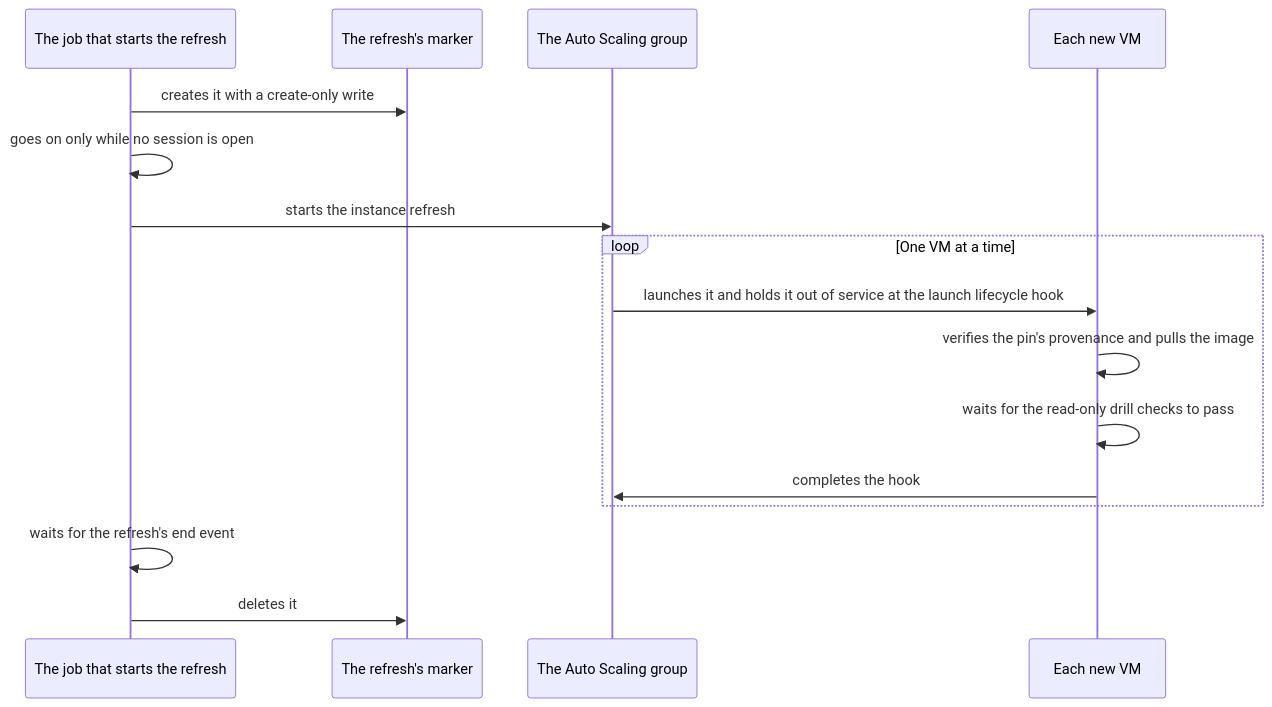
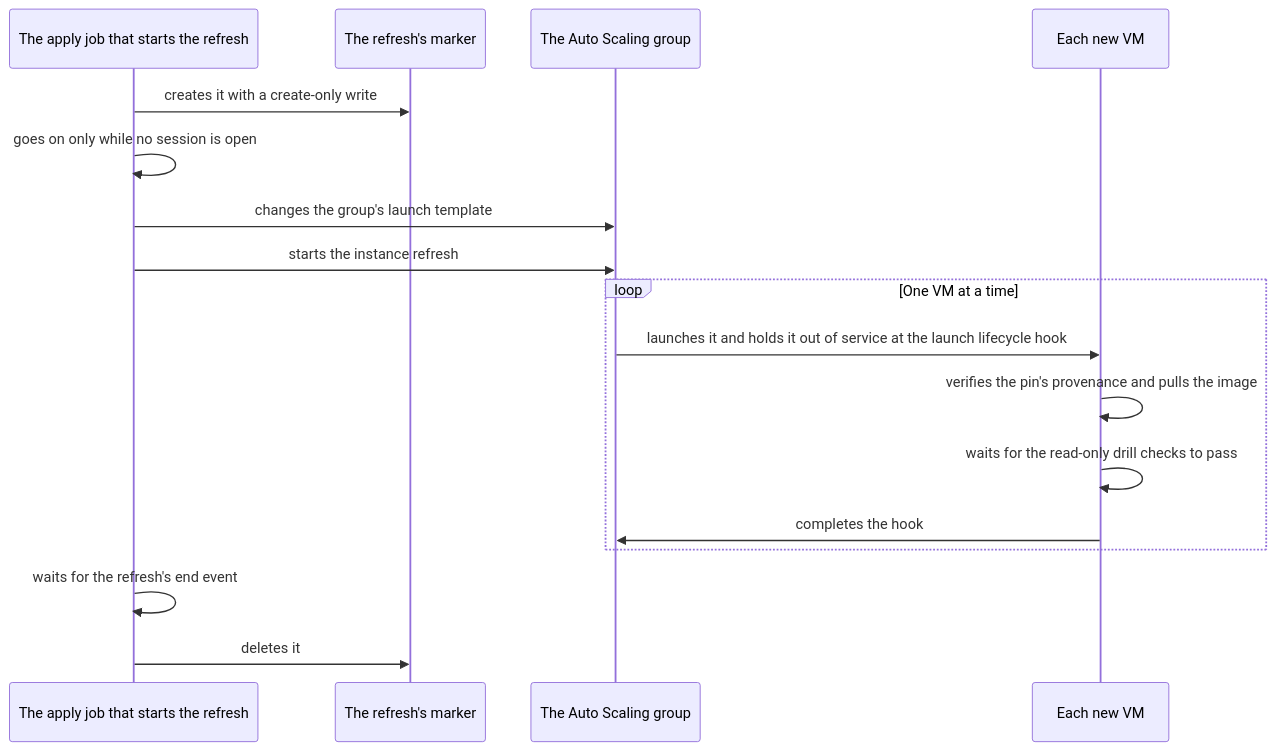
The third of 5 diagrams in docs/architecture/07-deployment.md (l3a0/ithildin-runtime), drawn with Mermaid before and after one commit. The commit also changed other lines of this file and 2 other files, not shown here.

First line of the commit message:
docs: check for a session before a VM image's apply changes the launch template, and delete a refused marker

````diff
--- a/docs/architecture/07-deployment.md
+++ b/docs/architecture/07-deployment.md
@@ -566,18 +566,19 @@
 ```mermaid
 sequenceDiagram
-    participant Job as The job that starts the refresh
+    participant Job as The apply job that starts the refresh
     participant Marker as The refresh's marker
     participant Group as The Auto Scaling group
     participant VM as Each new VM
     Job->>Marker: creates it with a create-only write
     Job->>Job: goes on only while no session is open
+    Job->>Group: changes the group's launch template
     Job->>Group: starts the instance refresh
     loop One VM at a time
         Group->>VM: launches it and holds it out of service at the launch lifecycle hook
         VM->>VM: verifies the pin's provenance and pulls the image
         VM->>VM: waits for the read-only drill checks to pass
         VM->>Group: completes the hook
     end
     Job->>Job: waits for the refresh's end event
     Job->>Marker: deletes it
 ```
````
